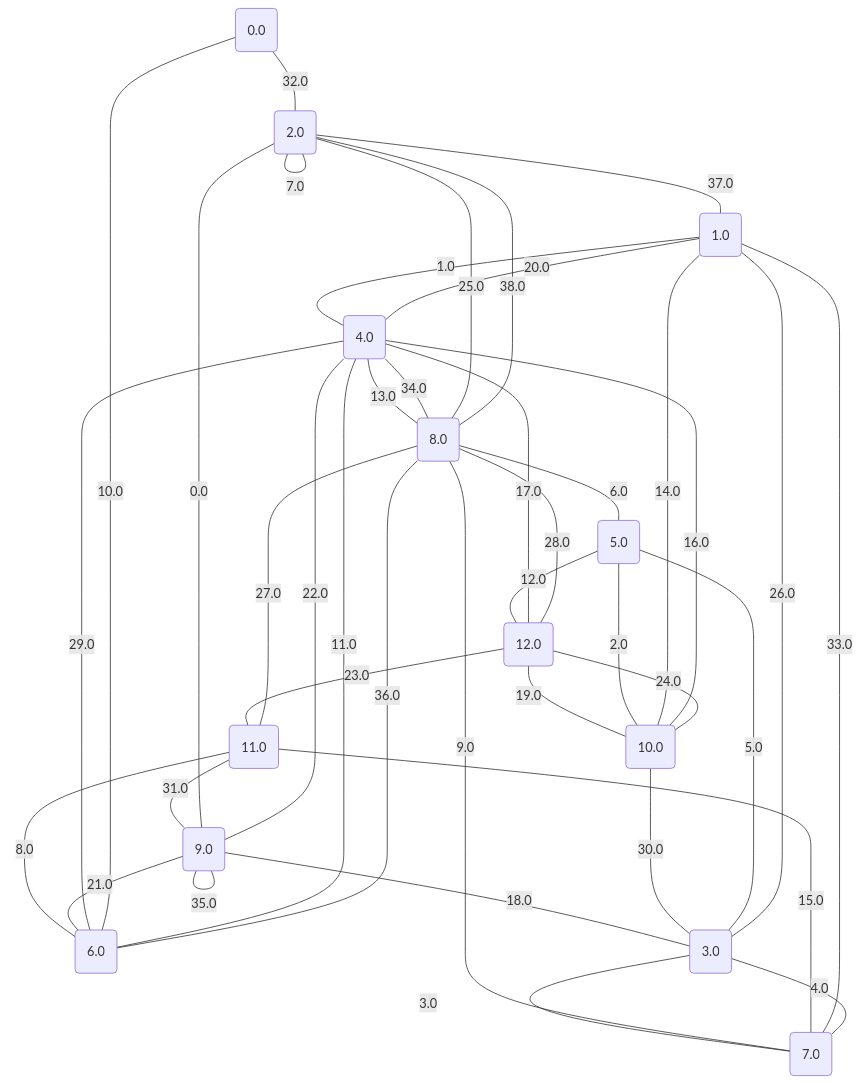
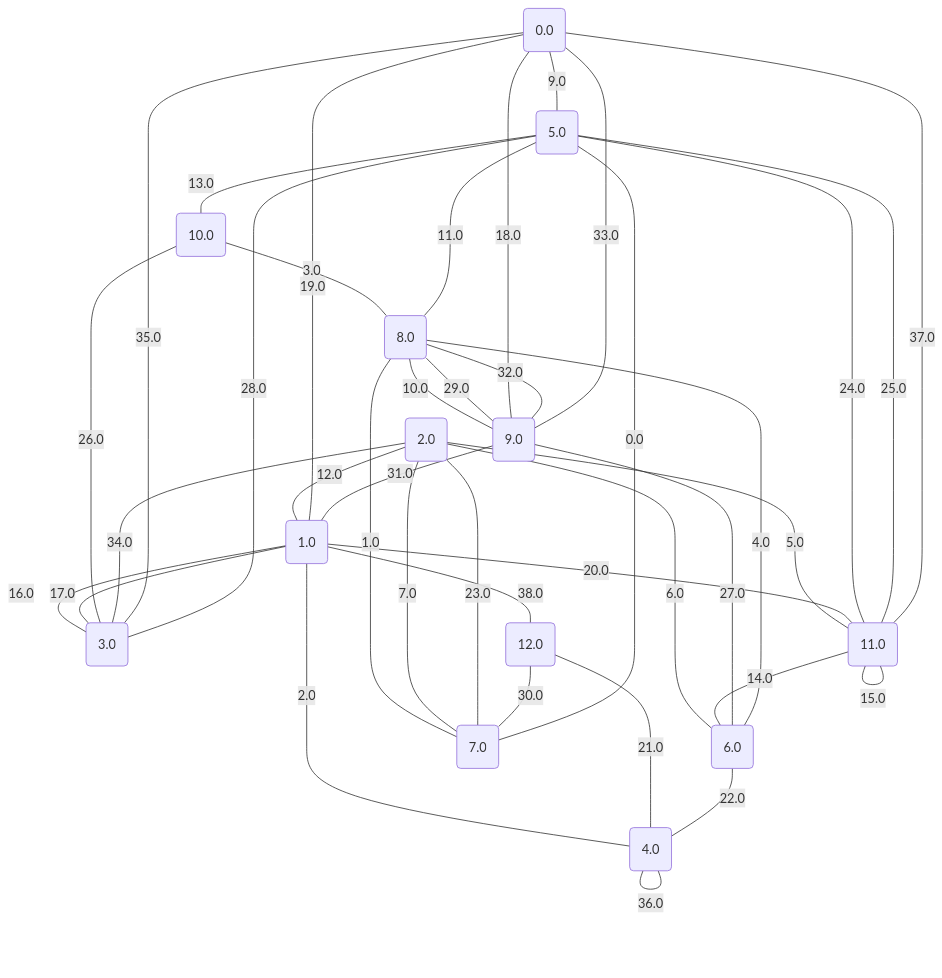
One commit to metury/graphs changed the diagram in project/src/testing/graphs/8.md. Above: the diagram before and after it, drawn with Mermaid. The commit also changed 50 other files, not shown here.

````diff
--- a/project/src/testing/graphs/8.md
+++ b/project/src/testing/graphs/8.md
@@ -1,55 +1,55 @@
 ```mermaid
 graph TD;
 0("0.0");
 1("1.0");
 2("2.0");
 3("3.0");
 4("4.0");
 5("5.0");
 6("6.0");
 7("7.0");
 8("8.0");
 9("9.0");
 10("10.0");
 11("11.0");
 12("12.0");
-	9 -- "0.0" --- 2;
-	1 -- "1.0" --- 4;
-	10 -- "2.0" --- 5;
-	3 -- "3.0" --- 7;
-	7 -- "4.0" --- 3;
-	3 -- "5.0" --- 5;
-	8 -- "6.0" --- 5;
-	2 -- "7.0" --- 2;
-	11 -- "8.0" --- 6;
-	8 -- "9.0" --- 7;
-	6 -- "10.0" --- 0;
-	6 -- "11.0" --- 4;
-	5 -- "12.0" --- 12;
-	4 -- "13.0" --- 8;
-	10 -- "14.0" --- 1;
-	11 -- "15.0" --- 7;
-	10 -- "16.0" --- 4;
-	4 -- "17.0" --- 12;
-	9 -- "18.0" --- 3;
-	12 -- "19.0" --- 10;
-	4 -- "20.0" --- 1;
-	9 -- "21.0" --- 6;
-	9 -- "22.0" --- 4;
-	12 -- "23.0" --- 11;
-	10 -- "24.0" --- 12;
-	8 -- "25.0" --- 2;
-	3 -- "26.0" --- 1;
-	11 -- "27.0" --- 8;
-	8 -- "28.0" --- 12;
-	4 -- "29.0" --- 6;
-	10 -- "30.0" --- 3;
-	11 -- "31.0" --- 9;
-	0 -- "32.0" --- 2;
-	1 -- "33.0" --- 7;
-	4 -- "34.0" --- 8;
-	9 -- "35.0" --- 9;
-	6 -- "36.0" --- 8;
-	2 -- "37.0" --- 1;
-	8 -- "38.0" --- 2;
+	7 -- "0.0" --- 5;
+	8 -- "1.0" --- 7;
+	1 -- "2.0" --- 4;
+	10 -- "3.0" --- 8;
+	6 -- "4.0" --- 8;
+	2 -- "5.0" --- 11;
+	2 -- "6.0" --- 6;
+	2 -- "7.0" --- 7;
+	11 -- "8.0" --- 11;
+	0 -- "9.0" --- 5;
+	8 -- "10.0" --- 9;
+	8 -- "11.0" --- 5;
+	2 -- "12.0" --- 1;
+	5 -- "13.0" --- 10;
+	11 -- "14.0" --- 6;
+	11 -- "15.0" --- 11;
+	1 -- "16.0" --- 3;
+	1 -- "17.0" --- 3;
+	9 -- "18.0" --- 0;
+	0 -- "19.0" --- 1;
+	1 -- "20.0" --- 11;
+	12 -- "21.0" --- 4;
+	6 -- "22.0" --- 4;
+	2 -- "23.0" --- 7;
+	5 -- "24.0" --- 11;
+	11 -- "25.0" --- 5;
+	10 -- "26.0" --- 3;
+	9 -- "27.0" --- 6;
+	3 -- "28.0" --- 5;
+	8 -- "29.0" --- 9;
+	12 -- "30.0" --- 7;
+	9 -- "31.0" --- 1;
+	9 -- "32.0" --- 8;
+	9 -- "33.0" --- 0;
+	2 -- "34.0" --- 3;
+	0 -- "35.0" --- 3;
+	4 -- "36.0" --- 4;
+	11 -- "37.0" --- 0;
+	1 -- "38.0" --- 12;
 ```
````
